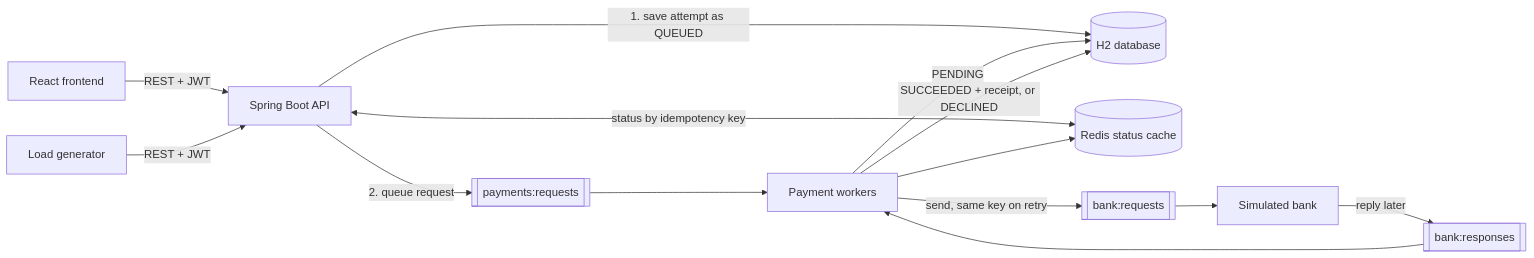
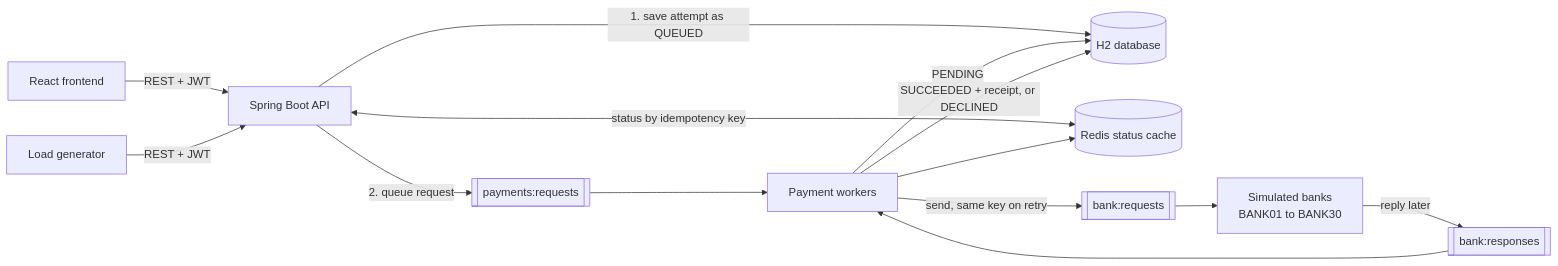
The diagram in README.md (ShubhamBrody/PaymentGateway), drawn with Mermaid before and after one commit. The commit also changed other lines of this file and 1 other file, not shown here.

Commit message:
Document the 30 banks and the million-customer load test

````diff
--- a/README.md
+++ b/README.md
@@ -7,16 +7,16 @@
 ```mermaid
 flowchart LR
     UI["React frontend"] -->|"REST + JWT"| API["Spring Boot API"]
     Load["Load generator"] -->|"REST + JWT"| API
     API -->|"1. save attempt as QUEUED"| DB[("H2 database")]
     API -->|"2. queue request"| Q1[["payments:requests"]]
     API <-->|"status by idempotency key"| Cache[("Redis status cache")]
     Q1 --> W["Payment workers"]
     W -->|"PENDING"| DB
     W -->|"send, same key on retry"| Q2[["bank:requests"]]
-    Q2 --> Bank["Simulated bank"]
+    Q2 --> Bank["Simulated banks<br/>BANK01 to BANK30"]
     Bank -->|"reply later"| Q3[["bank:responses"]]
     Q3 --> W
     W -->|"SUCCEEDED + receipt, or DECLINED"| DB
     W --> Cache
 ```
````
